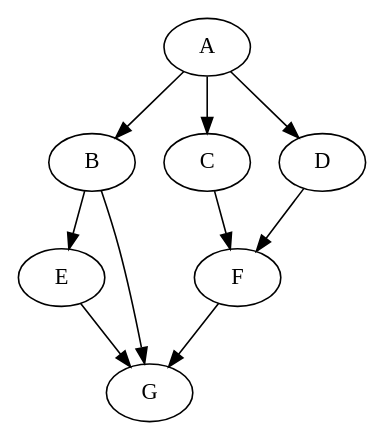
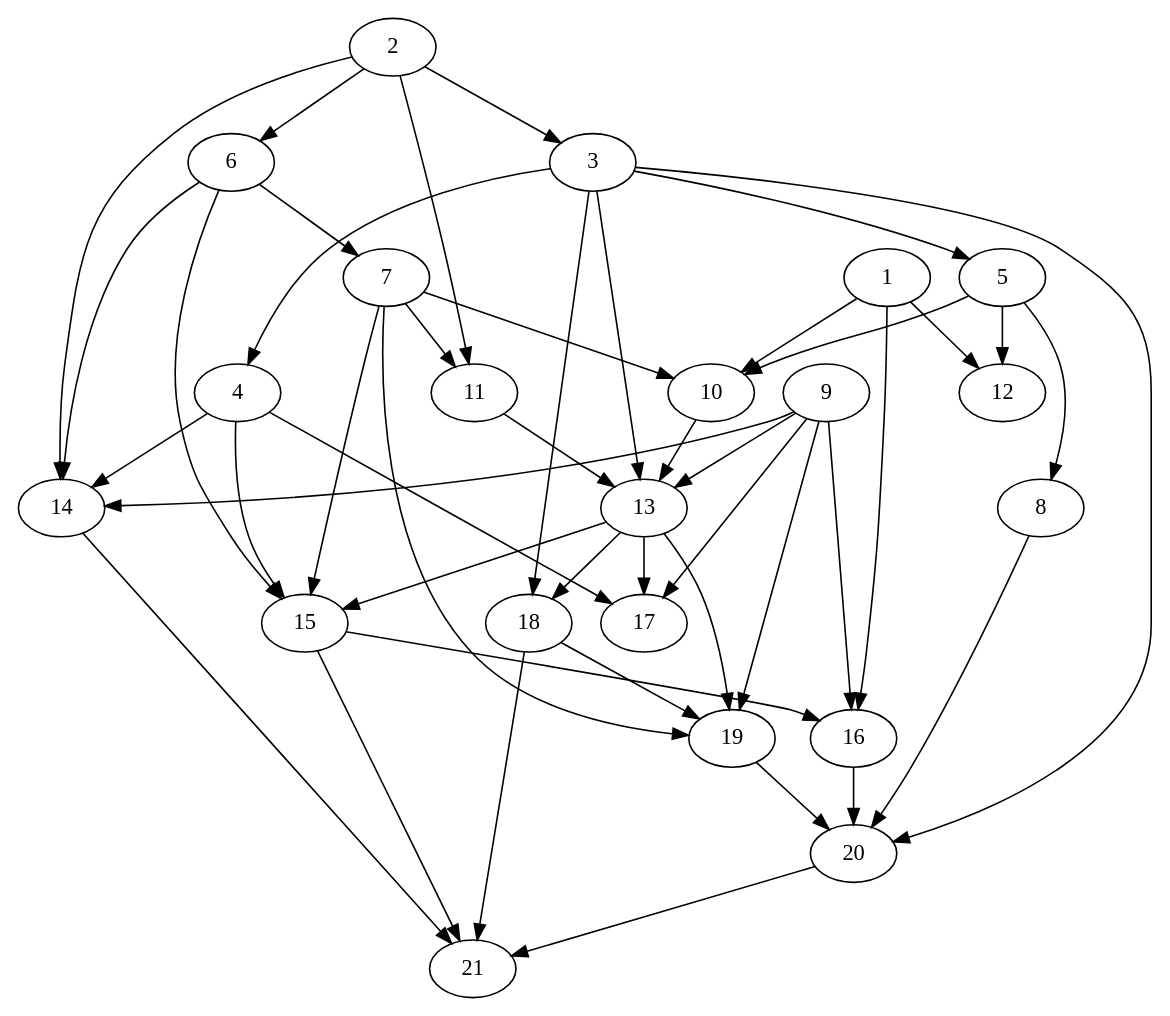
The diagram in examples/g4/in.dot (HarryQu1229/Processor-8), drawn with Graphviz before and after one commit. The commit also changed other lines of this file and 6 other files, not shown here.

```diff
--- a/examples/g4/in.dot
+++ b/examples/g4/in.dot
@@ -1,18 +1,68 @@
-digraph "SeriesParallel-MaxBf-3_Nodes_9_CCR_10.0_WeightType_Random" {
-    A	 [Weight=2];
-    B	 [Weight=2];
-    C	 [Weight=2];
-    D	 [Weight=3];
-    E	 [Weight=2];
-    F	 [Weight=3];
-    G	 [Weight=2];
-    A -> B	 [Weight=1];
-    A -> C	 [Weight=3];
-    A -> D	 [Weight=1];
-    B -> E	 [Weight=3];
-    B -> G	 [Weight=4];
-    C -> F	 [Weight=1];
-    D -> F	 [Weight=1];
-    E -> G	 [Weight=2];
-    F -> G	 [Weight=2];
+digraph "packingcompact_2p_gb_Random_Nodes_21_Density_2.14_CCR_9.98_WeightType_Random_schedule.gxl" {
+    1	 [Weight=7];
+    10	 [Weight=5];
+    1 -> 10	 [Weight=37];
+    12	 [Weight=10];
+    1 -> 12	 [Weight=33];
+    16	 [Weight=10];
+    1 -> 16	 [Weight=19];
+    2	 [Weight=8];
+    3	 [Weight=3];
+    2 -> 3	 [Weight=37];
+    6	 [Weight=9];
+    2 -> 6	 [Weight=33];
+    11	 [Weight=3];
+    2 -> 11	 [Weight=47];
+    14	 [Weight=7];
+    2 -> 14	 [Weight=14];
+    4	 [Weight=3];
+    3 -> 4	 [Weight=47];
+    5	 [Weight=2];
+    3 -> 5	 [Weight=23];
+    13	 [Weight=6];
+    3 -> 13	 [Weight=14];
+    18	 [Weight=4];
+    3 -> 18	 [Weight=28];
+    20	 [Weight=9];
+    3 -> 20	 [Weight=42];
+    4 -> 14	 [Weight=33];
+    15	 [Weight=6];
+    4 -> 15	 [Weight=33];
+    17	 [Weight=2];
+    4 -> 17	 [Weight=14];
+    8	 [Weight=9];
+    5 -> 8	 [Weight=19];
+    5 -> 10	 [Weight=19];
+    5 -> 12	 [Weight=42];
+    7	 [Weight=10];
+    6 -> 7	 [Weight=33];
+    6 -> 14	 [Weight=23];
+    6 -> 15	 [Weight=37];
+    7 -> 10	 [Weight=42];
+    7 -> 11	 [Weight=9];
+    7 -> 15	 [Weight=42];
+    19	 [Weight=9];
+    7 -> 19	 [Weight=9];
+    8 -> 20	 [Weight=23];
+    9	 [Weight=4];
+    9 -> 13	 [Weight=37];
+    9 -> 14	 [Weight=23];
+    9 -> 16	 [Weight=14];
+    9 -> 17	 [Weight=23];
+    9 -> 19	 [Weight=33];
+    10 -> 13	 [Weight=33];
+    11 -> 13	 [Weight=42];
+    13 -> 15	 [Weight=42];
+    13 -> 17	 [Weight=9];
+    13 -> 18	 [Weight=47];
+    13 -> 19	 [Weight=37];
+    21	 [Weight=4];
+    14 -> 21	 [Weight=47];
+    15 -> 16	 [Weight=14];
+    15 -> 21	 [Weight=37];
+    16 -> 20	 [Weight=14];
+    18 -> 19	 [Weight=37];
+    18 -> 21	 [Weight=14];
+    19 -> 20	 [Weight=28];
+    20 -> 21	 [Weight=14];
 }
```
